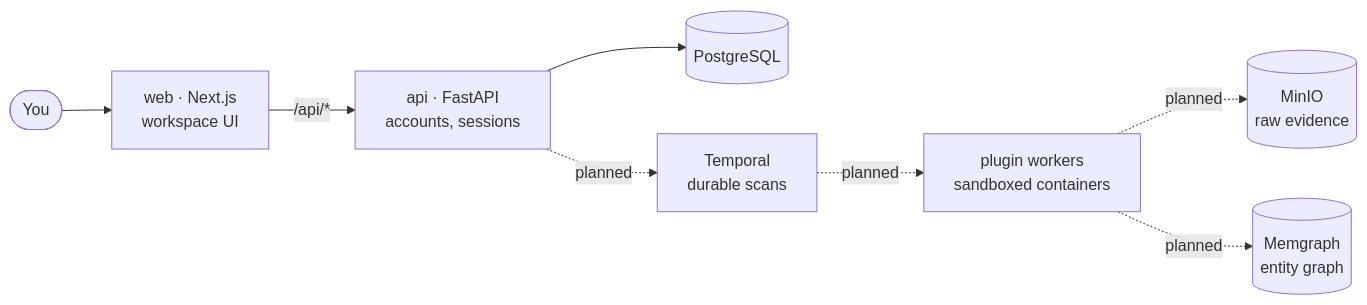
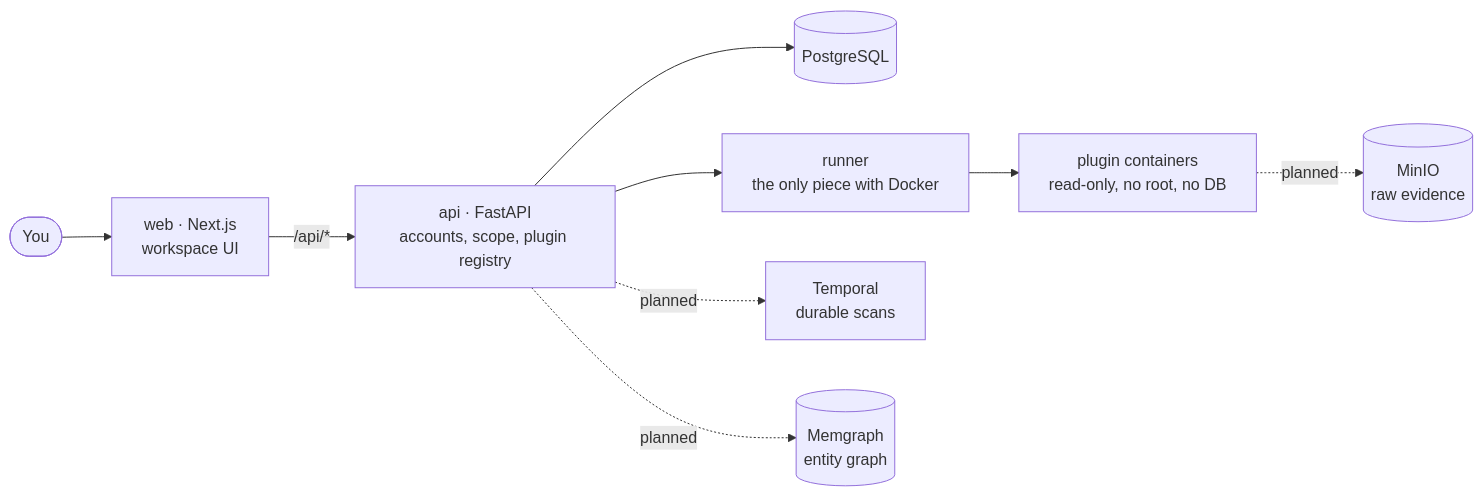
The diagram in README.md (TechnoVizor/NYX), drawn with Mermaid before and after one commit. The commit also changed other lines of this file, not shown here.

Commit message:
docs: README for plugins, runner and scope

````diff
--- a/README.md
+++ b/README.md
@@ -61,10 +62,11 @@
 ```mermaid
 flowchart LR
   user(["You"]) --> web["web · Next.js<br/>workspace UI"]
-  web -- "/api/*" --> api["api · FastAPI<br/>accounts, sessions"]
+  web -- "/api/*" --> api["api · FastAPI<br/>accounts, scope, plugin registry"]
   api --> pg[("PostgreSQL")]
+  api --> runner["runner<br/>the only piece with Docker"]
+  runner --> plugins["plugin containers<br/>read-only, no root, no DB"]
   api -. planned .-> temporal["Temporal<br/>durable scans"]
-  temporal -. planned .-> workers["plugin workers<br/>sandboxed containers"]
-  workers -. planned .-> minio[("MinIO<br/>raw evidence")]
-  workers -. planned .-> memgraph[("Memgraph<br/>entity graph")]
+  plugins -. planned .-> minio[("MinIO<br/>raw evidence")]
+  api -. planned .-> memgraph[("Memgraph<br/>entity graph")]
 ```
````
